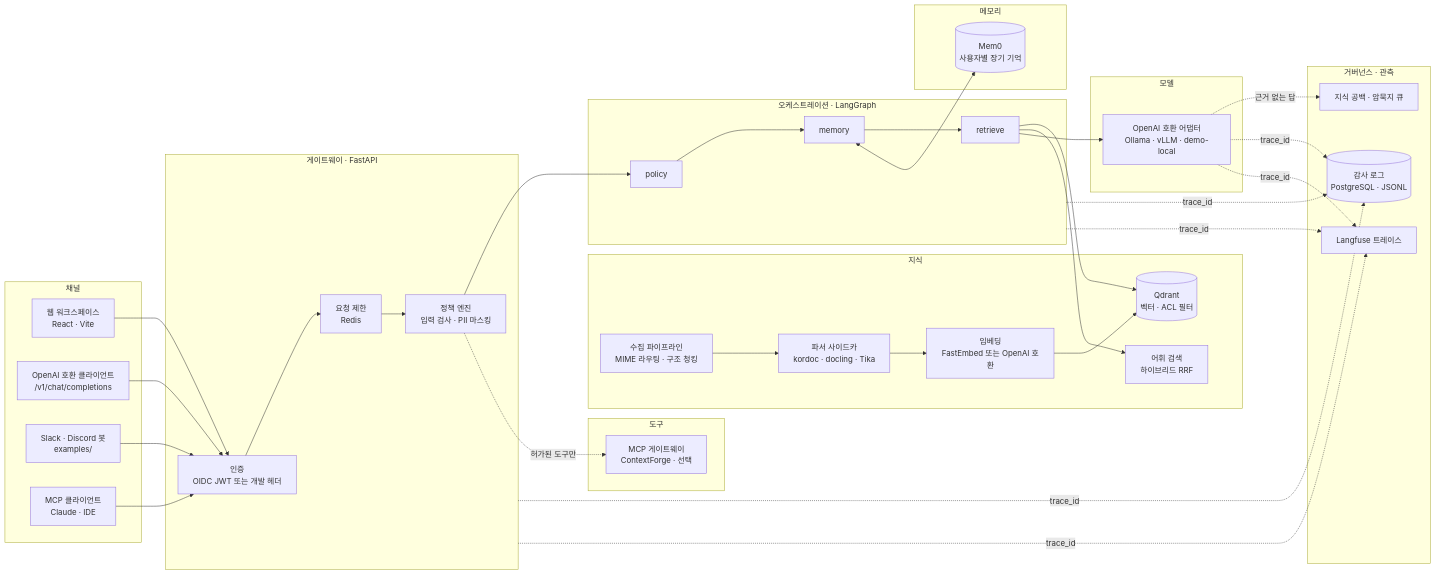
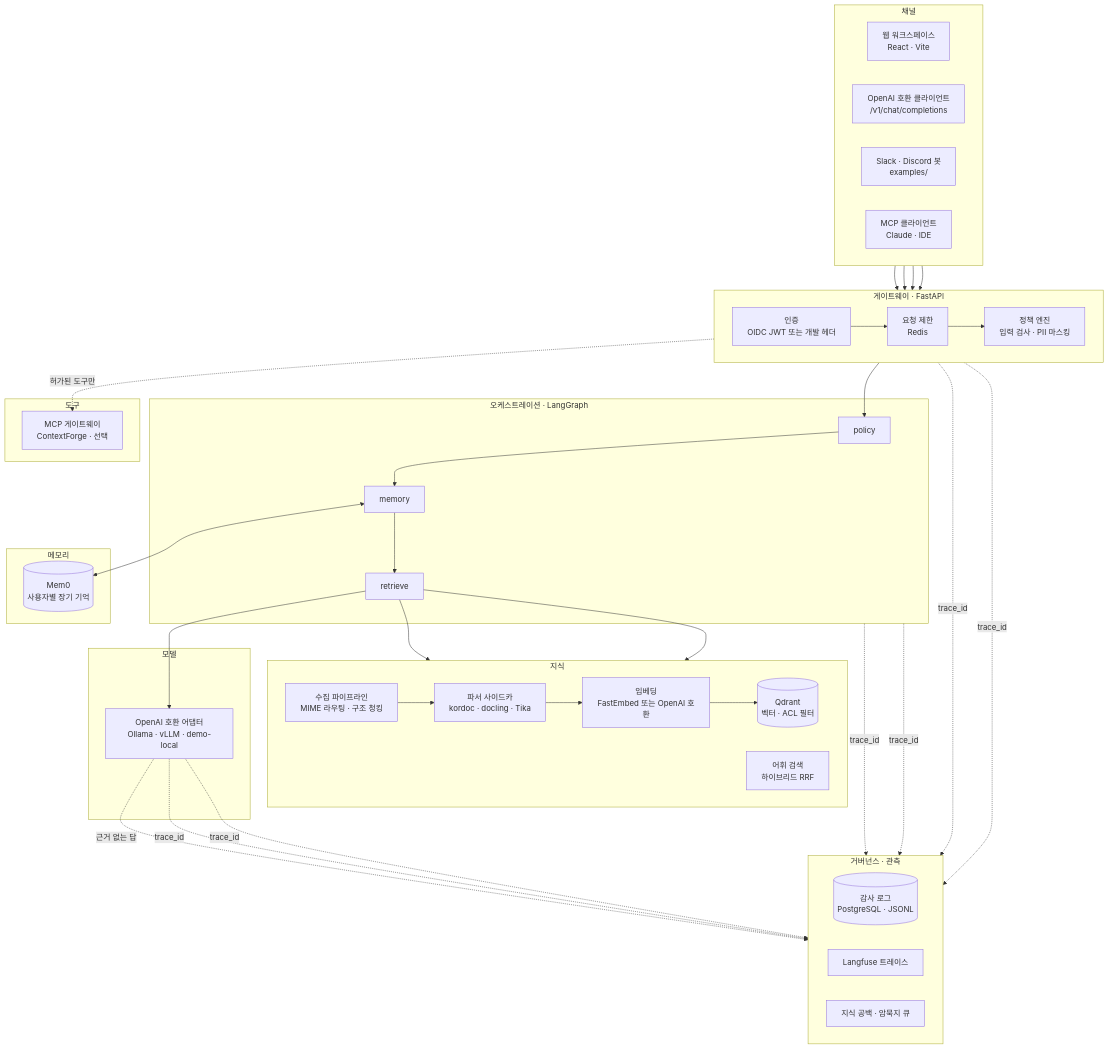
Before and after one commit to baryonlabs/baryon-ax: the first of 4 diagrams in README.md, drawn with Mermaid.

Commit message:
docs(readme): lay the architecture diagram out top to bottom so labels stay readable

````diff
--- a/README.md
+++ b/README.md
@@ -213,54 +213,58 @@
 ```mermaid
-flowchart LR
+flowchart TB
   subgraph CH["채널"]
+    direction LR
     WEB["웹 워크스페이스<br/>React · Vite"]
     OAI["OpenAI 호환 클라이언트<br/>/v1/chat/completions"]
     BOT["Slack · Discord 봇<br/>examples/"]
     MCPC["MCP 클라이언트<br/>Claude · IDE"]
   end
 
   subgraph GW["게이트웨이 · FastAPI"]
+    direction LR
     AUTH["인증<br/>OIDC JWT 또는 개발 헤더"]
     RL["요청 제한<br/>Redis"]
     POL["정책 엔진<br/>입력 검사 · PII 마스킹"]
   end
 
   subgraph ORC["오케스트레이션 · LangGraph"]
     G1["policy"] --> G2["memory"] --> G3["retrieve"]
   end
 
   subgraph KN["지식"]
+    direction LR
     ING["수집 파이프라인<br/>MIME 라우팅 · 구조 청킹"]
     PAR["파서 사이드카<br/>kordoc · docling · Tika"]
     EMB["임베딩<br/>FastEmbed 또는 OpenAI 호환"]
     VEC[("Qdrant<br/>벡터 · ACL 필터")]
     LEX["어휘 검색<br/>하이브리드 RRF"]
   end
 
   subgraph MD["모델"]
     LLM["OpenAI 호환 어댑터<br/>Ollama · vLLM · demo-local"]
   end
 
   subgraph MEM["메모리"]
     M0[("Mem0<br/>사용자별 장기 기억")]
   end
 
   subgraph TL["도구"]
     CF["MCP 게이트웨이<br/>ContextForge · 선택"]
   end
 
   subgraph GOV["거버넌스 · 관측"]
+    direction LR
     AUD[("감사 로그<br/>PostgreSQL · JSONL")]
     LF["Langfuse 트레이스"]
     GAP["지식 공백 · 암묵지 큐"]
   end
 
   WEB & OAI & BOT & MCPC --> AUTH --> RL --> POL --> G1
   G2 <--> M0
   G3 --> VEC & LEX
   ING --> PAR --> EMB --> VEC
   G3 --> LLM
   POL -. "허가된 도구만" .-> CF
   LLM -. "근거 없는 답" .-> GAP
   GW & ORC & LLM -. trace_id .-> AUD & LF
 ```
````
